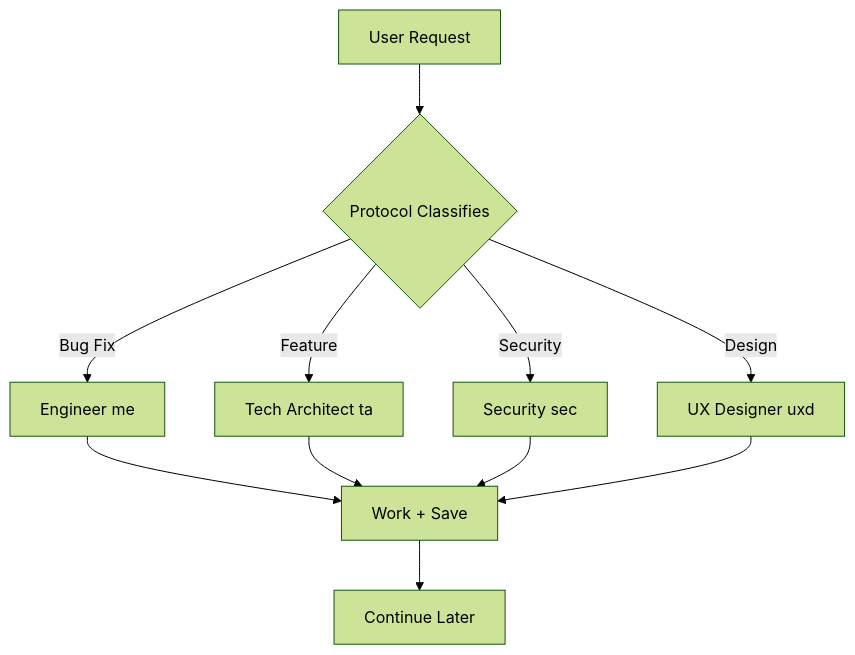
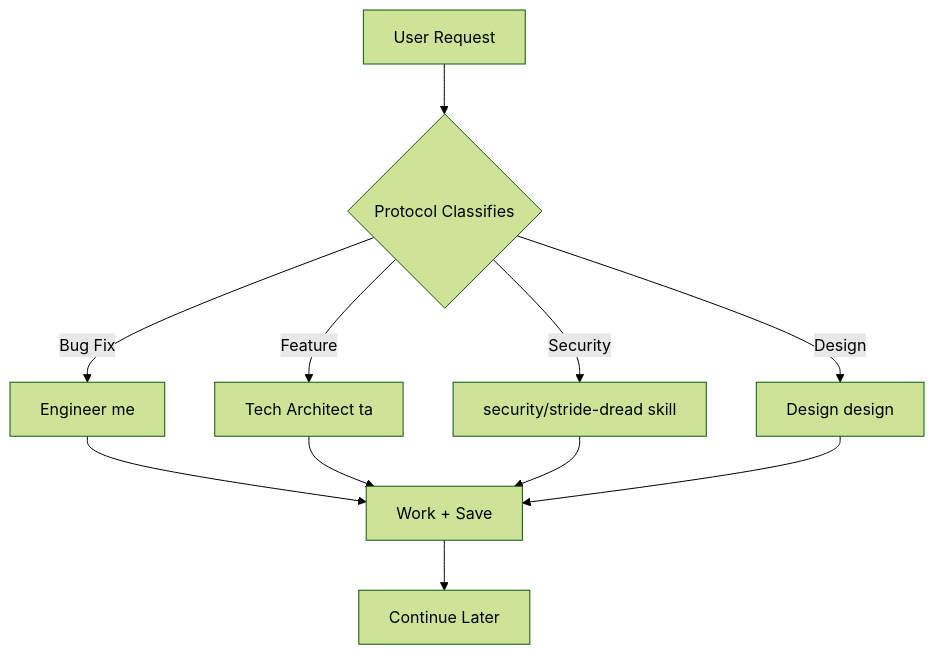
One commit to Everyone-Needs-A-Copilot/claude-copilot changed the second of 3 diagrams in docs/01-getting-started/02-learning-roadmap.md. Above: the diagram before and after it, drawn with Mermaid (forest theme). The commit also changed other lines of this file and 17 other files, not shown here.

````diff
--- a/docs/01-getting-started/02-learning-roadmap.md
+++ b/docs/01-getting-started/02-learning-roadmap.md
@@ -259,13 +259,13 @@
 ```mermaid
 graph TD
     A[User Request] --> B{Protocol Classifies}
     B -->|Bug Fix| C[Engineer me]
     B -->|Feature| D[Tech Architect ta]
-    B -->|Security| E[Security sec]
-    B -->|Design| F[UX Designer uxd]
+    B -->|Security| E[security/stride-dread skill]
+    B -->|Design| F[Design design]
     C --> G[Work + Save]
     D --> G
     E --> G
     F --> G
     G --> H[Continue Later]
 ```
````
